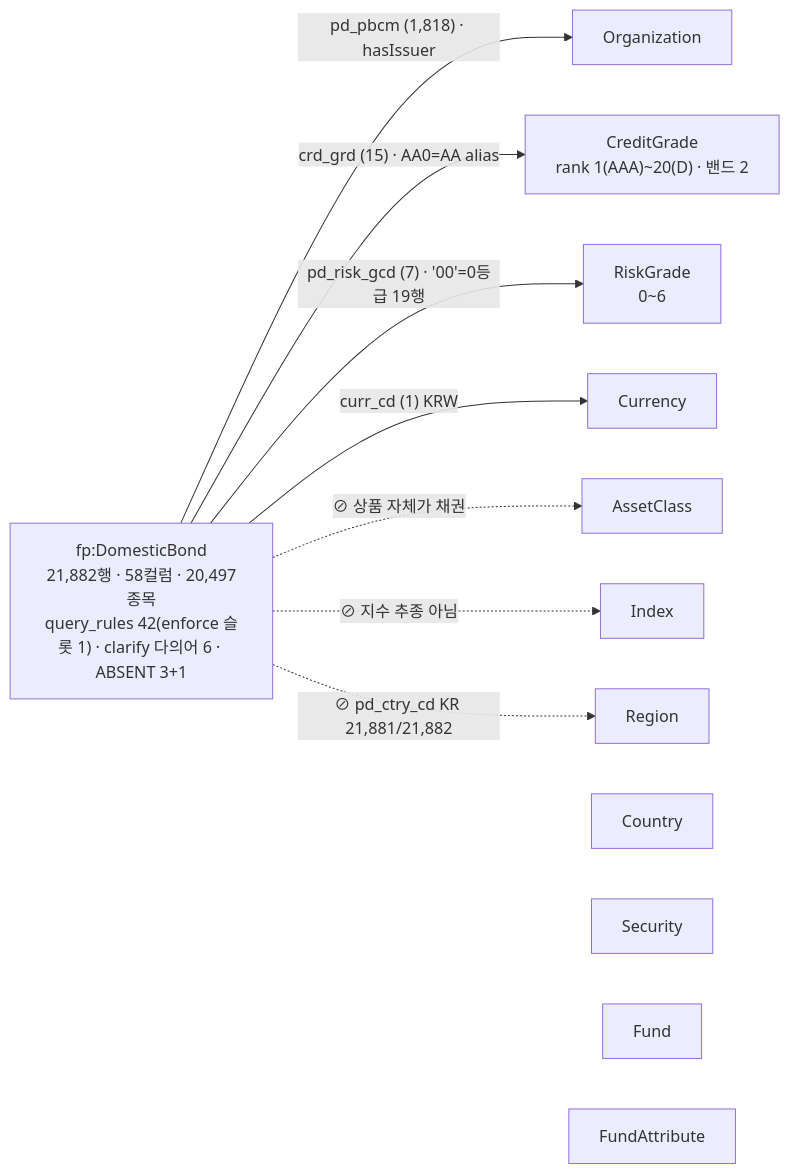
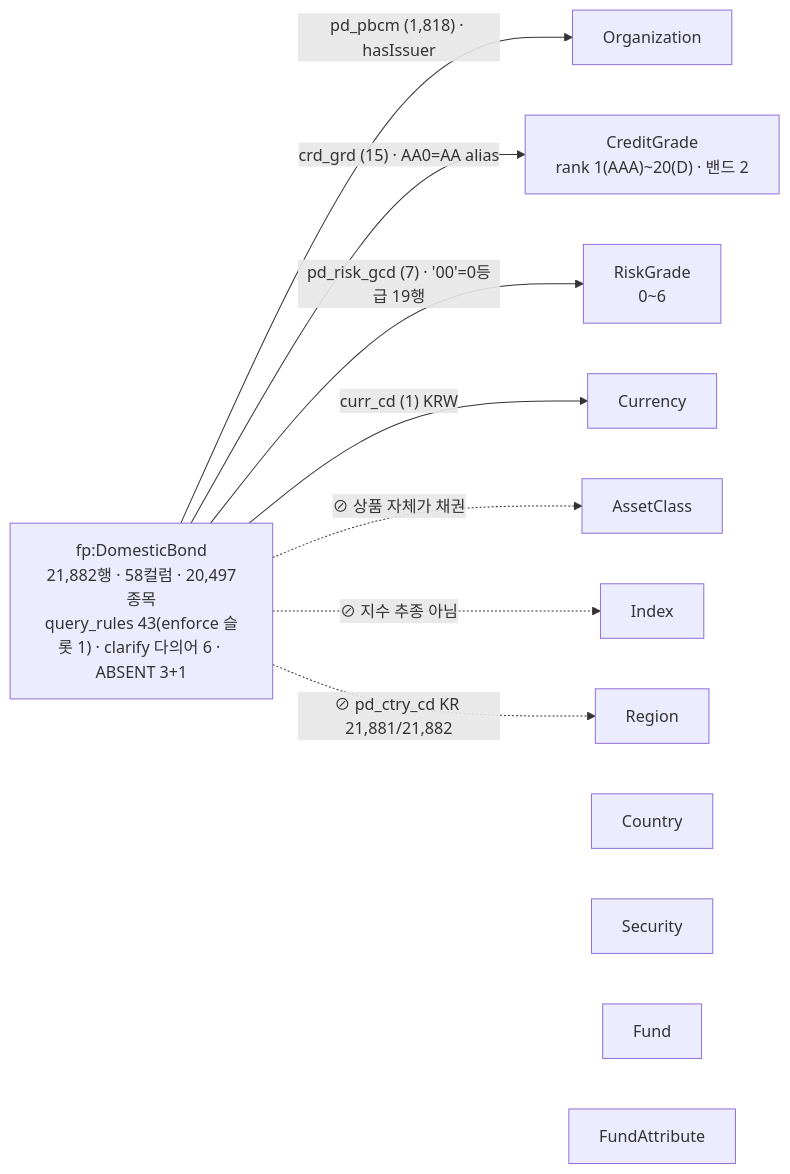
The diagram in docs/기술제안서/04_도메인_채권.md (Song-exp/miraeassetfesta), drawn with Mermaid before and after one commit. The commit also changed other lines of this file and 4 other files, not shown here.

````diff
--- a/docs/기술제안서/04_도메인_채권.md
+++ b/docs/기술제안서/04_도메인_채권.md
@@ -78,13 +78,13 @@
 ```mermaid
 flowchart LR
-  B["fp:DomesticBond<br/>21,882행 · 58컬럼 · 20,497종목<br/>query_rules 42(enforce 슬롯 1) · clarify 다의어 6 · ABSENT 3+1"]
+  B["fp:DomesticBond<br/>21,882행 · 58컬럼 · 20,497종목<br/>query_rules 43(enforce 슬롯 1) · clarify 다의어 6 · ABSENT 3+1"]
   ORG[Organization]; CG["CreditGrade<br/>rank 1(AAA)~20(D) · 밴드 2"]; RG["RiskGrade<br/>0~6"]; AC[AssetClass]; IDX[Index]; REG[Region]; CTY[Country]; CUR[Currency]; SEC[Security]; FND[Fund]; FA[FundAttribute]
   B -- "pd_pbcm (1,818) · hasIssuer" --> ORG
   B -- "crd_grd (15) · AA0=AA alias" --> CG
   B -- "pd_risk_gcd (7) · '00'=0등급 19행" --> RG
   B -- "curr_cd (1) KRW" --> CUR
   B -. "⊘ 상품 자체가 채권" .-> AC
   B -. "⊘ 지수 추종 아님" .-> IDX
   B -. "⊘ pd_ctry_cd KR 21,881/21,882" .-> REG
   B ~~~ CTY; B ~~~ SEC; B ~~~ FND; B ~~~ FA
 ```
````
